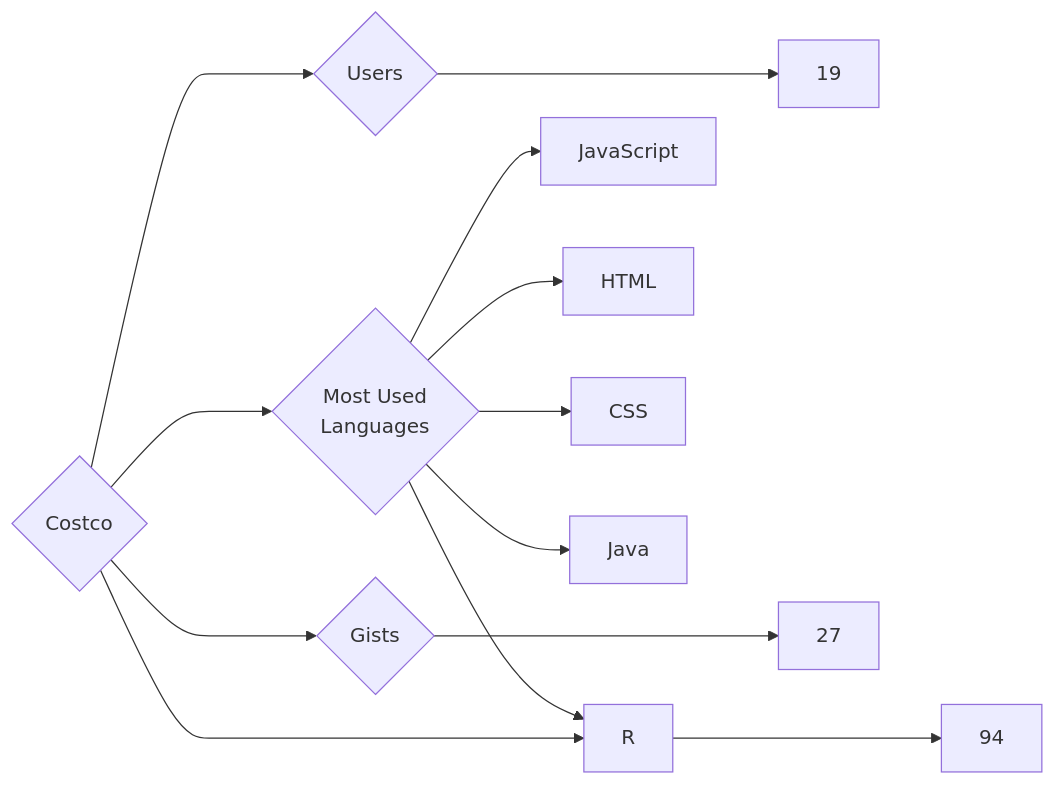
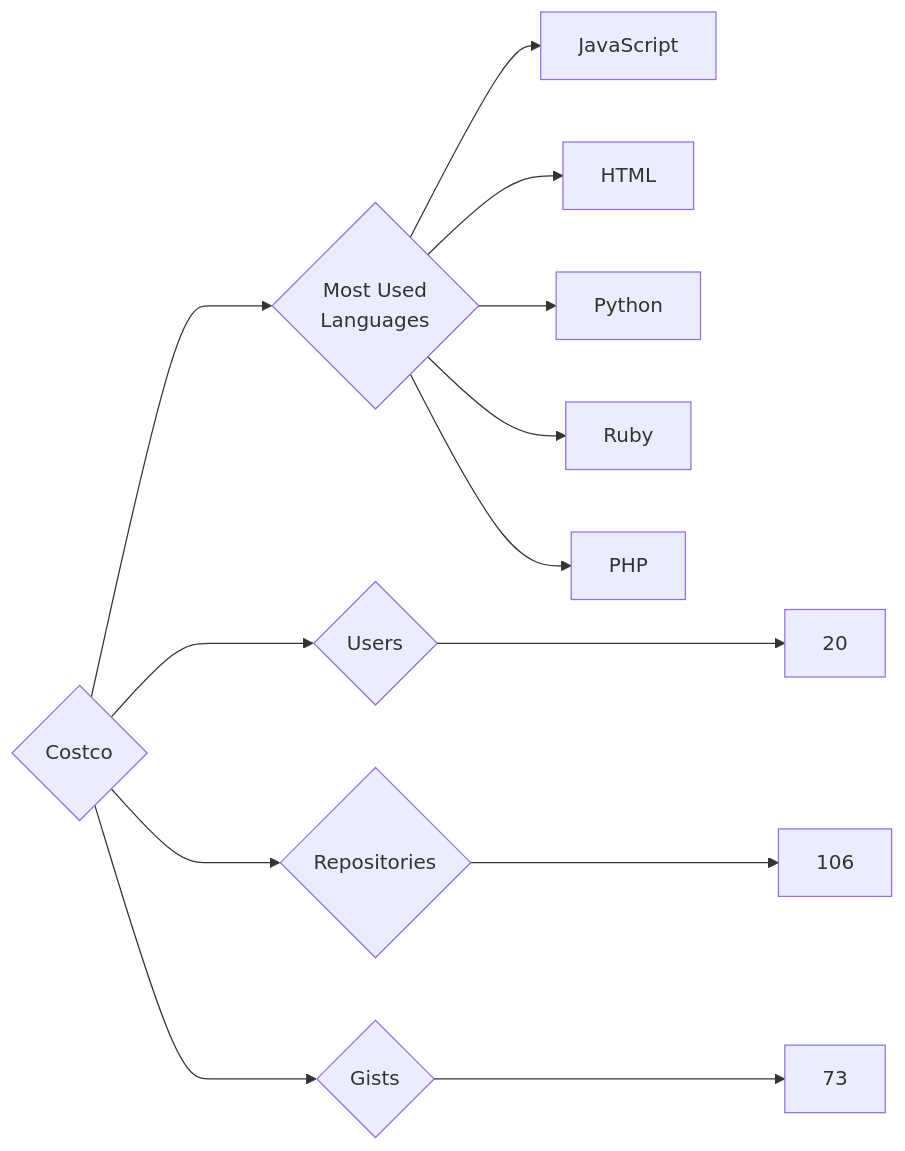
One commit to trickest/insiders changed the diagram in targets/Costco/README.md. Above: the diagram before and after it, drawn with Mermaid. The commit also changed 682 other files, not shown here.

````diff
--- a/targets/Costco/README.md
+++ b/targets/Costco/README.md
@@ -3,13 +3,13 @@
 ```mermaid
 graph LR
 COMPANY_NAME{Costco}
-COMPANY_NAME ---> U{Users} ---> UN[19]
-COMPANY_NAME ---> R{Repositories} ---> RN[94]
-COMPANY_NAME ---> G{Gists} ---> GN[27]
+COMPANY_NAME ---> U{Users} ---> UN[20]
+COMPANY_NAME ---> R{Repositories} ---> RN[106]
+COMPANY_NAME ---> G{Gists} ---> GN[73]
 COMPANY_NAME ---> ML{Most Used<br>Languages}
 ML --> JavaScript[JavaScript]
 ML --> HTML[HTML]
-ML --> CSS[CSS]
-ML --> Java[Java]
-ML --> R[R]
+ML --> Python[Python]
+ML --> Ruby[Ruby]
+ML --> PHP[PHP]
 ```
````
